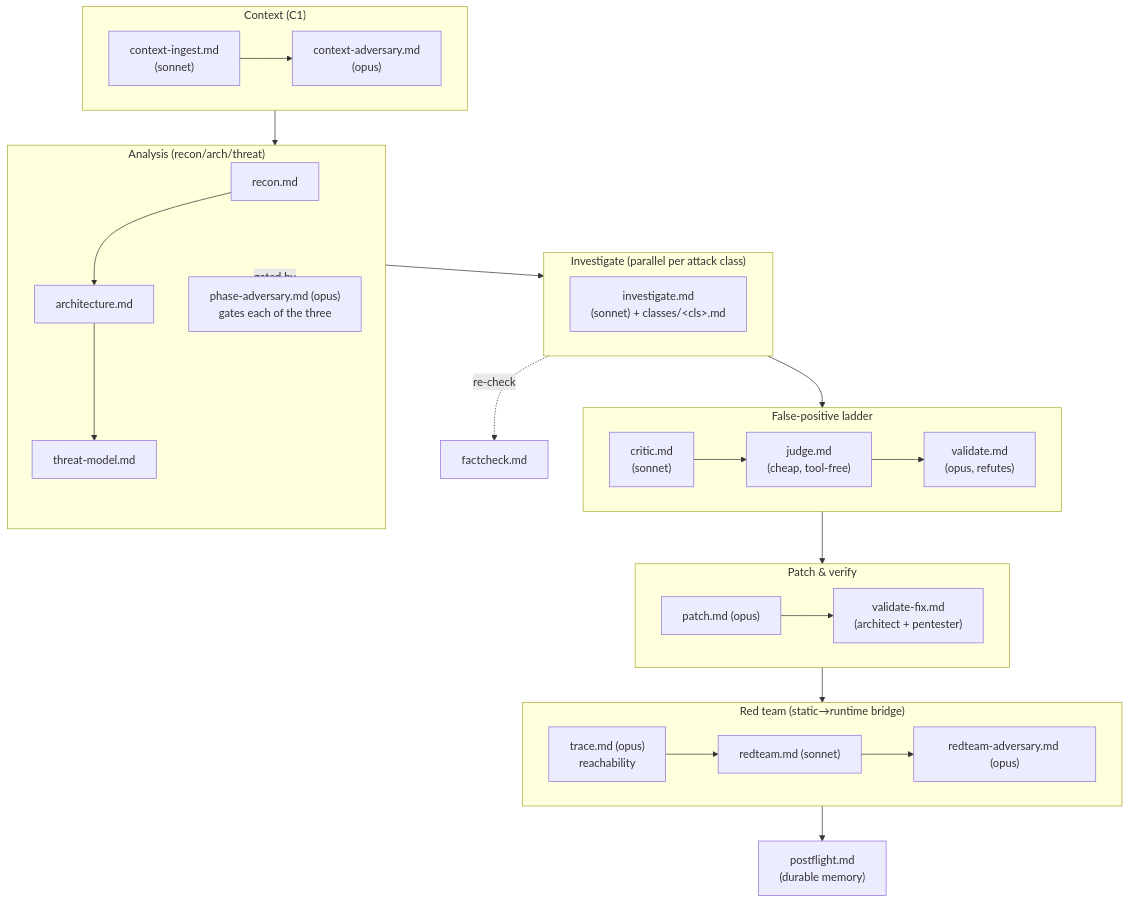
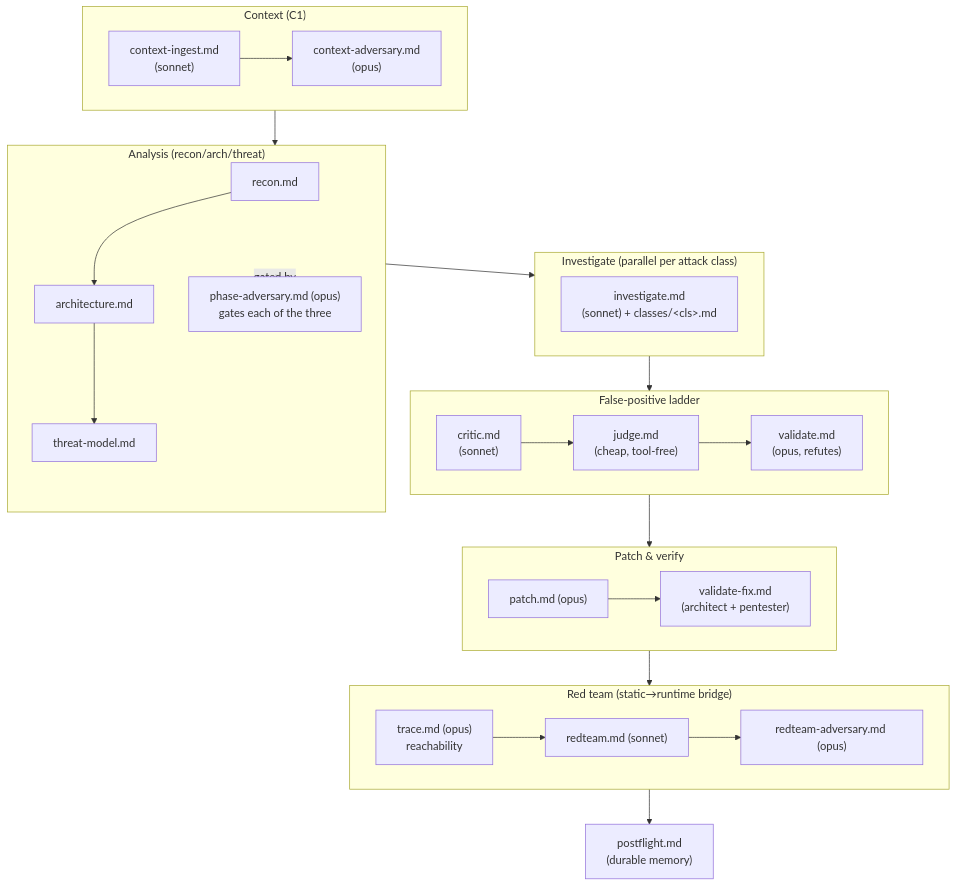
One commit to cjbischoff/cjbischoff-claude-code-tools changed the second of 3 diagrams in plugins/sec-overlay/skills/sec-overlay/agents/README.md. Above: the diagram before and after it, drawn with Mermaid. The commit also changed other lines of this file and 19 other files, not shown here.

````diff
--- a/plugins/sec-overlay/skills/sec-overlay/agents/README.md
+++ b/plugins/sec-overlay/skills/sec-overlay/agents/README.md
@@ -46,25 +46,24 @@
 ```mermaid
 flowchart TD
     subgraph C["Context (C1)"]
         CI["context-ingest.md<br/>(sonnet)"] --> CA["context-adversary.md<br/>(opus)"]
     end
     subgraph AN["Analysis (recon/arch/threat)"]
         R["recon.md"] --> AR["architecture.md"] --> TM["threat-model.md"]
         PA["phase-adversary.md (opus)<br/>gates each of the three"]
     end
     subgraph INV["Investigate (parallel per attack class)"]
         IV["investigate.md<br/>(sonnet) + classes/&lt;cls&gt;.md"]
     end
     subgraph LADDER["False-positive ladder"]
         CR["critic.md<br/>(sonnet)"] --> JG["judge.md<br/>(cheap, tool-free)"] --> VAL["validate.md<br/>(opus, refutes)"]
     end
     subgraph FIX["Patch & verify"]
         PT["patch.md (opus)"] --> VF["validate-fix.md<br/>(architect + pentester)"]
     end
     subgraph RT["Red team (static→runtime bridge)"]
         TR["trace.md (opus)<br/>reachability"] --> RD["redteam.md (sonnet)"] --> RDA["redteam-adversary.md (opus)"]
     end
     C --> AN --> INV --> LADDER --> FIX --> RT --> PF["postflight.md<br/>(durable memory)"]
     AN -.gated by.-> PA
-    INV -.re-check.-> FC["factcheck.md"]
 ```
````
